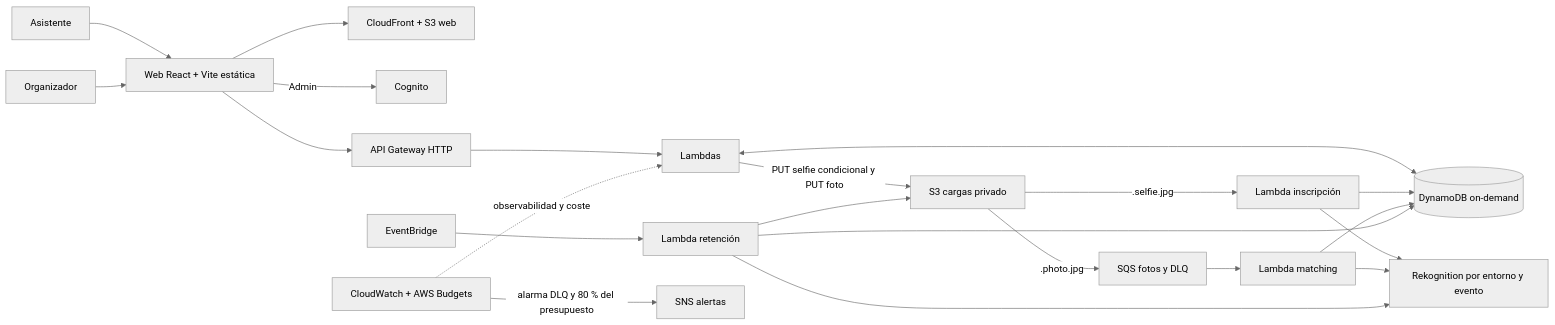
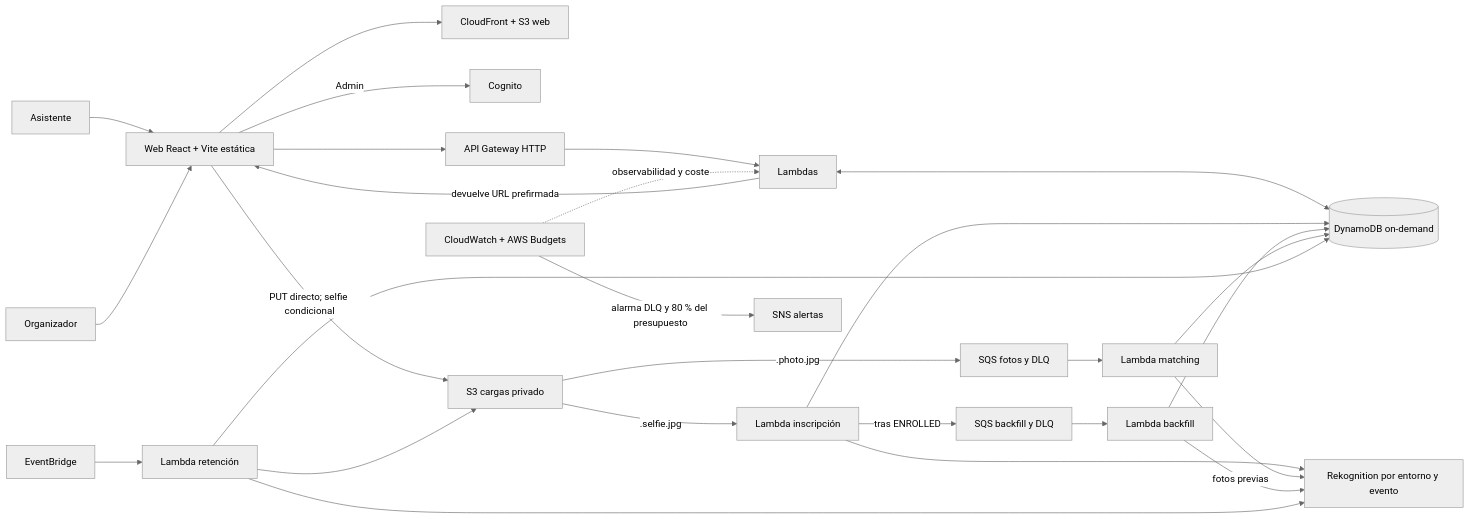
The first of 7 diagrams in docs/paper/04-arquitectura-y-decisiones.md (upc-malvaviscos/findly), drawn with Mermaid (neutral theme) before and after one commit. The commit also changed other lines of this file and 45 other files, not shown here.

Commit message:
docs(paper): strengthen academic evidence costs and architecture

````diff
--- a/docs/paper/04-arquitectura-y-decisiones.md
+++ b/docs/paper/04-arquitectura-y-decisiones.md
@@ -24,24 +24,29 @@
 ```mermaid
 flowchart LR
   A[Asistente] --> W[Web React + Vite estática]
   O[Organizador] --> W
   W --> CF[CloudFront + S3 web]
   W -->|Admin| C[Cognito]
   W --> G[API Gateway HTTP]
   G --> API[Lambdas]
   API <--> D[(DynamoDB on-demand)]
-  API -->|PUT selfie condicional y PUT foto| S[S3 cargas privado]
+  API -->|devuelve URL prefirmada| W
+  W -->|PUT directo; selfie condicional| S[S3 cargas privado]
   S -->|.selfie.jpg| E[Lambda inscripción]
   E --> R[Rekognition por entorno y evento]
   S -->|.photo.jpg| Q[SQS fotos y DLQ]
   Q --> M[Lambda matching]
   M --> R
   E --> D
+  E -->|tras ENROLLED| BQ[SQS backfill y DLQ]
+  BQ --> BF[Lambda backfill]
+  BF -->|fotos previas| R
+  BF --> D
   M --> D
   EB[EventBridge] --> X[Lambda retención]
   X --> S
   X --> D
   X --> R
   CW[CloudWatch + AWS Budgets] -. observabilidad y coste .-> API
   CW -->|alarma DLQ y 80 % del presupuesto| SNS[SNS alertas]
 ```
````
